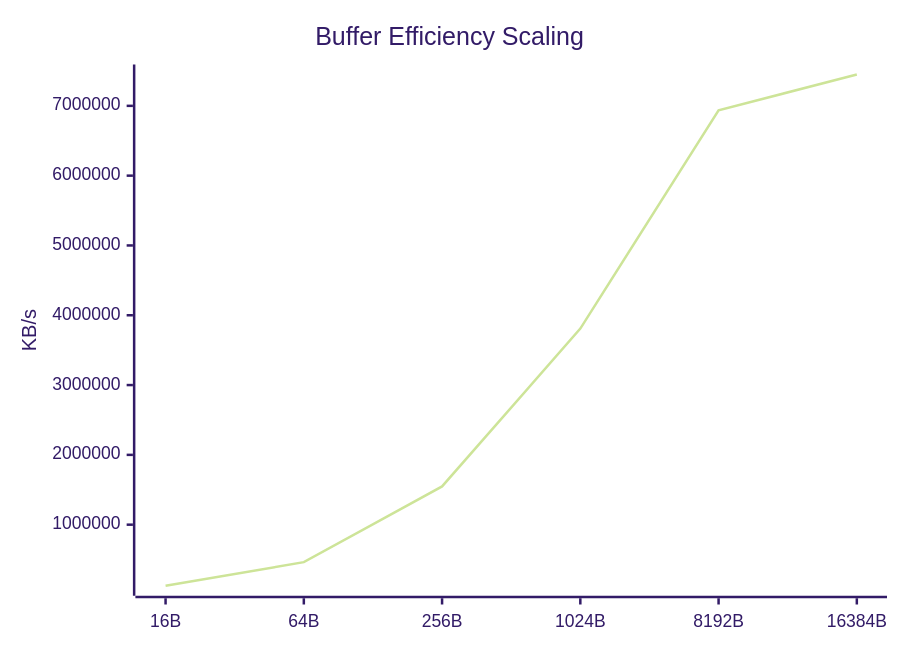
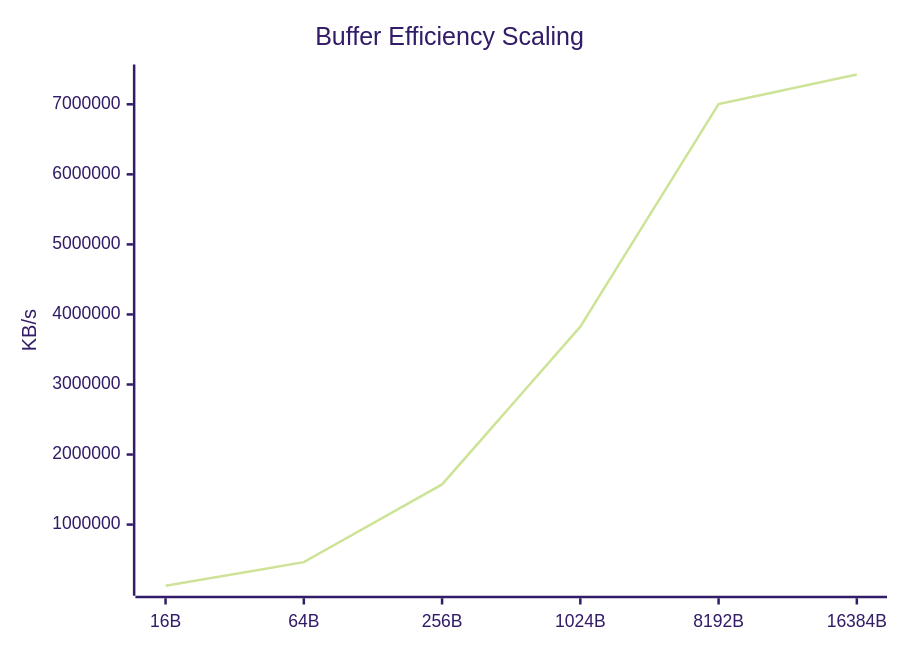
One commit to taha2samy/openssl_fips changed the fifth of 9 diagrams in docs/Comparison_Report.md. Above: the diagram before and after it, drawn with Mermaid (forest theme). The commit also changed other lines of this file and 2 other files, not shown here.

````diff
--- a/docs/Comparison_Report.md
+++ b/docs/Comparison_Report.md
@@ -94,7 +94,7 @@
 ```mermaid
 xychart-beta
     title "Buffer Efficiency Scaling"
     x-axis [16B, 64B, 256B, 1024B, 8192B, 16384B]
     y-axis "KB/s"
-    line [124980.44, 462940.54, 1547822.46, 3809311.23, 6936125.44, 7449034.75]
+    line [126698.58, 463266.34, 1573192.83, 3825953.79, 7002611.71, 7425368.06]
 ```
````
